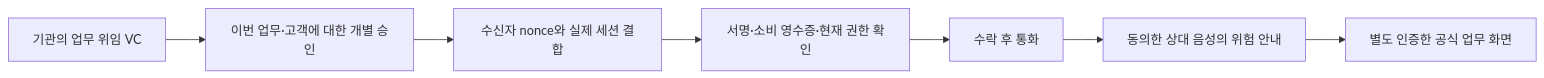
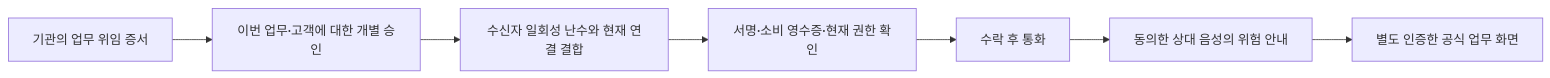
Before and after one commit to 0u-Y/CallSign: the diagram in docs/guide/01-SERVICE-OVERVIEW.md, drawn with Mermaid. The commit also changed other lines of this file and 20 other files, not shown here.

````diff
--- a/docs/guide/01-SERVICE-OVERVIEW.md
+++ b/docs/guide/01-SERVICE-OVERVIEW.md
@@ -23,9 +23,9 @@
 ```mermaid
 flowchart LR
-  A[기관의 업무 위임 VC] --> B[이번 업무·고객에 대한 개별 승인]
-  B --> C[수신자 nonce와 실제 세션 결합]
+  A[기관의 업무 위임 증서] --> B[이번 업무·고객에 대한 개별 승인]
+  B --> C[수신자 일회성 난수와 현재 연결 결합]
   C --> D[서명·소비 영수증·현재 권한 확인]
   D --> E[수락 후 통화]
   E --> F[동의한 상대 음성의 위험 안내]
   F --> G[별도 인증한 공식 업무 화면]
 ```
````
